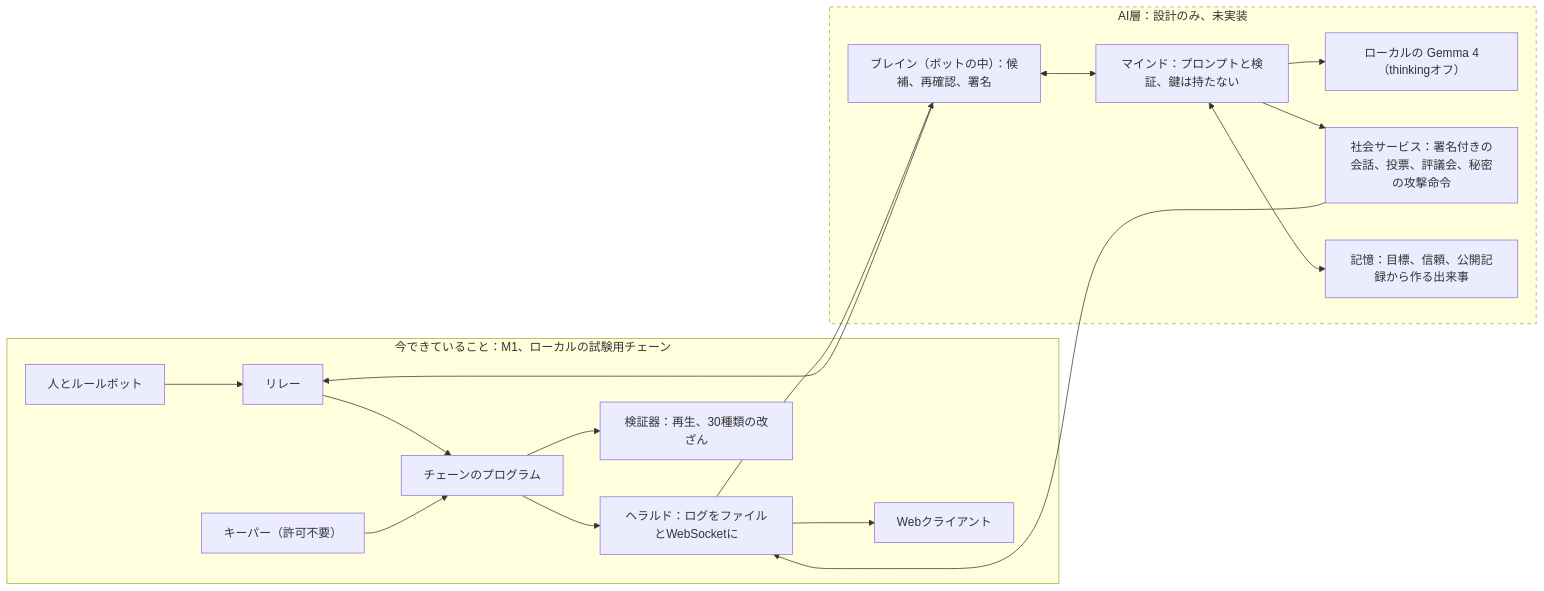
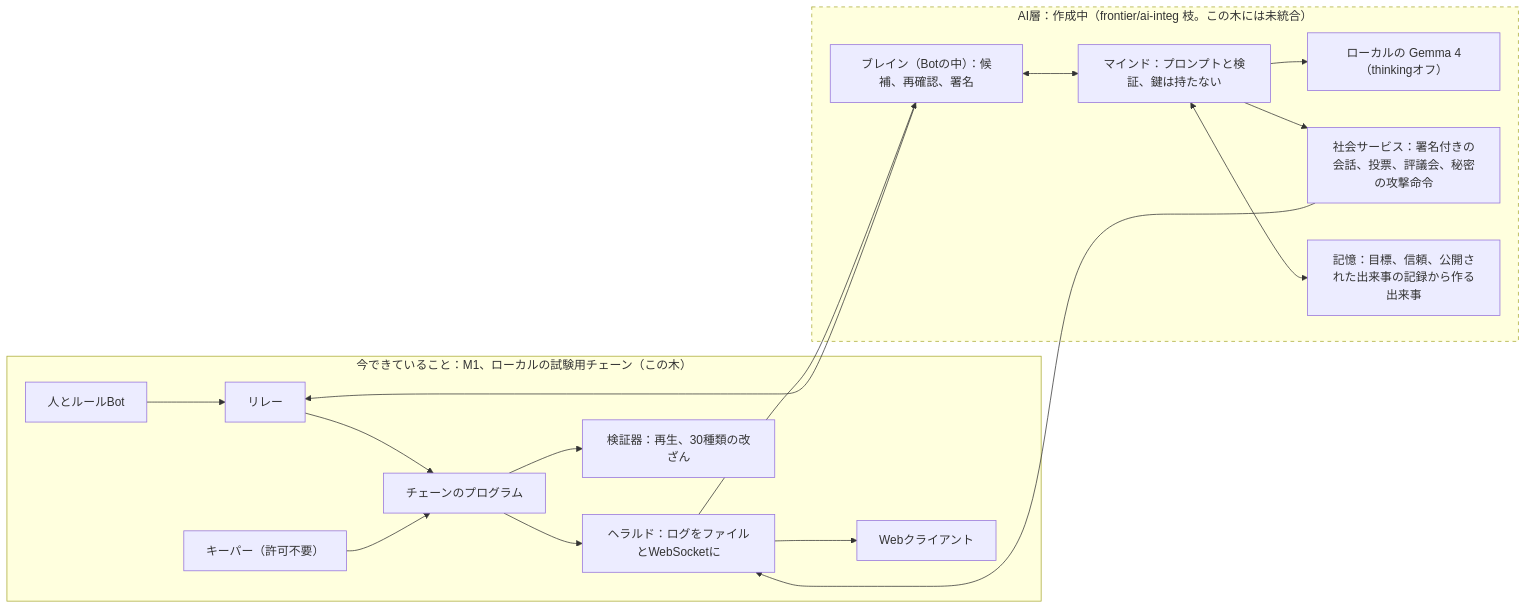
One commit to r0ze998/wylls changed the second of 3 diagrams in docs/DESIGN-OVERVIEW.ja.md. Above: the diagram before and after it, drawn with Mermaid. The commit also changed other lines of this file and 2 other files, not shown here.

Commit message:
Frontier unify: design overview (EN/JA) review fixes: tag words, scale figure, 'limits' heading, D5 per-part tags, citation style

````diff
--- a/docs/DESIGN-OVERVIEW.ja.md
+++ b/docs/DESIGN-OVERVIEW.ja.md
@@ -172,26 +200,26 @@
 ```mermaid
 flowchart LR
-  subgraph Real["今できていること：M1、ローカルの試験用チェーン"]
-    P["人とルールボット"] --> R["リレー"]
+  subgraph Real["今できていること：M1、ローカルの試験用チェーン（この木）"]
+    P["人とルールBot"] --> R["リレー"]
     R --> C["チェーンのプログラム"]
     K["キーパー（許可不要）"] --> C
     C --> H["ヘラルド：ログをファイルとWebSocketに"]
     H --> W["Webクライアント"]
     C --> V["検証器：再生、30種類の改ざん"]
   end
-  subgraph AI["AI層：設計のみ、未実装"]
-    B["ブレイン（ボットの中）：候補、再確認、署名"]
+  subgraph AI["AI層：作成中（frontier/ai-integ 枝。この木には未統合）"]
+    B["ブレイン（Botの中）：候補、再確認、署名"]
     M["マインド：プロンプトと検証、鍵は持たない"]
     G["ローカルの Gemma 4（thinkingオフ）"]
     SS["社会サービス：署名付きの会話、投票、評議会、秘密の攻撃命令"]
-    MEM["記憶：目標、信頼、公開記録から作る出来事"]
+    MEM["記憶：目標、信頼、公開された出来事の記録から作る出来事"]
     B <--> M
     M --> G
     M --> SS
     M <--> MEM
   end
   B --> R
   H --> B
   SS --> H
   style AI stroke-dasharray: 5 5
 ```
````
